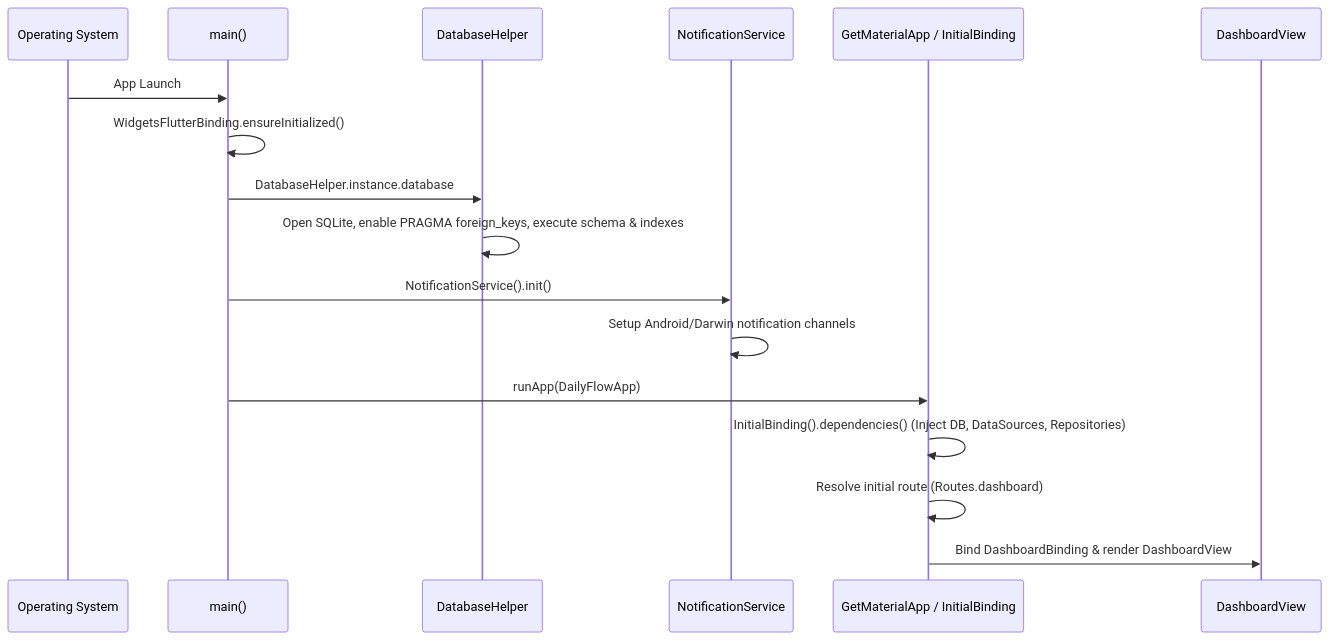
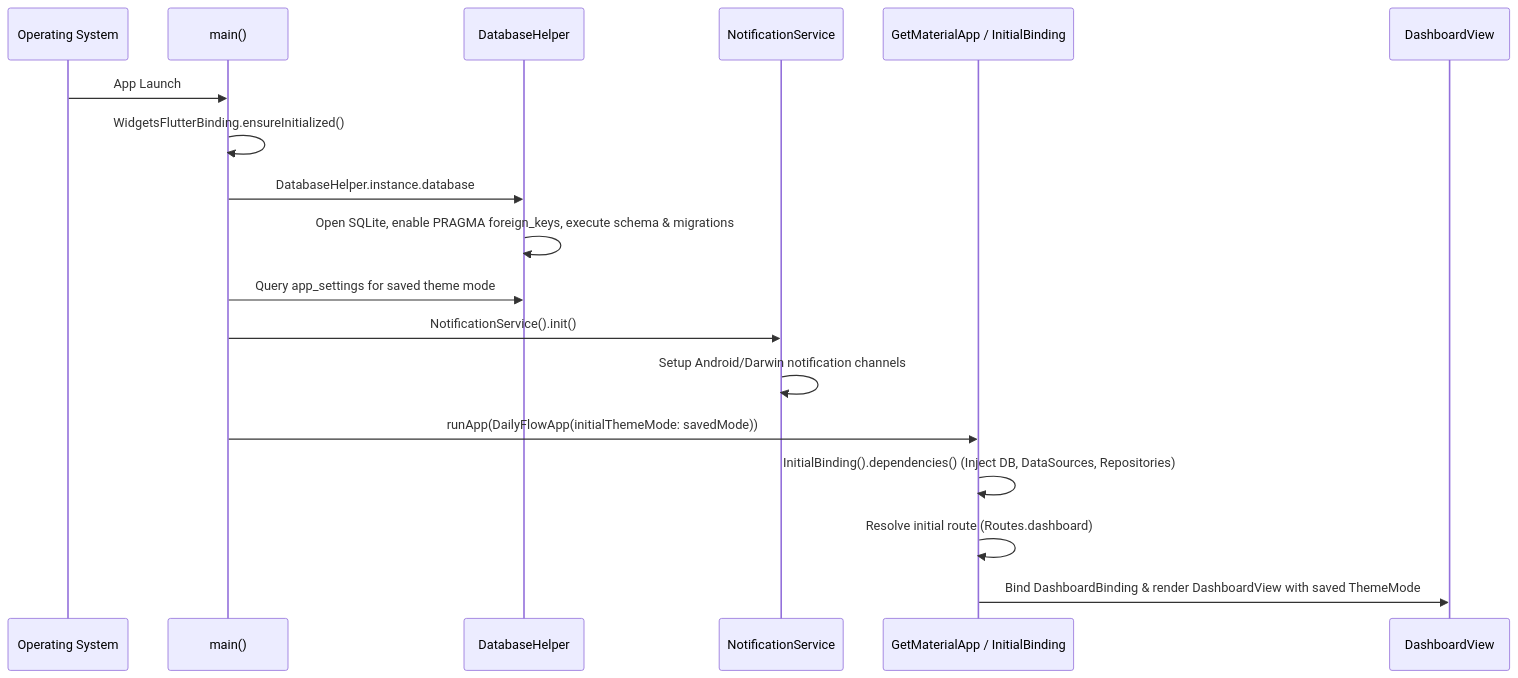
One commit to apurvak6/daily_flow changed the second of 2 diagrams in README.md. Above: the diagram before and after it, drawn with Mermaid. The commit also changed other lines of this file and 27 other files, not shown here.

First line of the commit message:
feat: implement dashboard and task management with persistent theme settings

````diff
--- a/README.md
+++ b/README.md
@@ -323,20 +337,21 @@
 ```mermaid
 sequenceDiagram
     participant OS as Operating System
     participant Main as main()
     participant DB as DatabaseHelper
     participant NS as NotificationService
     participant GetX as GetMaterialApp / InitialBinding
     participant UI as DashboardView
 
     OS->>Main: App Launch
     Main->>Main: WidgetsFlutterBinding.ensureInitialized()
     Main->>DB: DatabaseHelper.instance.database
-    DB->>DB: Open SQLite, enable PRAGMA foreign_keys, execute schema & indexes
+    DB->>DB: Open SQLite, enable PRAGMA foreign_keys, execute schema & migrations
+    Main->>DB: Query app_settings for saved theme mode
     Main->>NS: NotificationService().init()
     NS->>NS: Setup Android/Darwin notification channels
-    Main->>GetX: runApp(DailyFlowApp)
+    Main->>GetX: runApp(DailyFlowApp(initialThemeMode: savedMode))
     GetX->>GetX: InitialBinding().dependencies() (Inject DB, DataSources, Repositories)
     GetX->>GetX: Resolve initial route (Routes.dashboard)
-    GetX->>UI: Bind DashboardBinding & render DashboardView
+    GetX->>UI: Bind DashboardBinding & render DashboardView with saved ThemeMode
 ```
````
